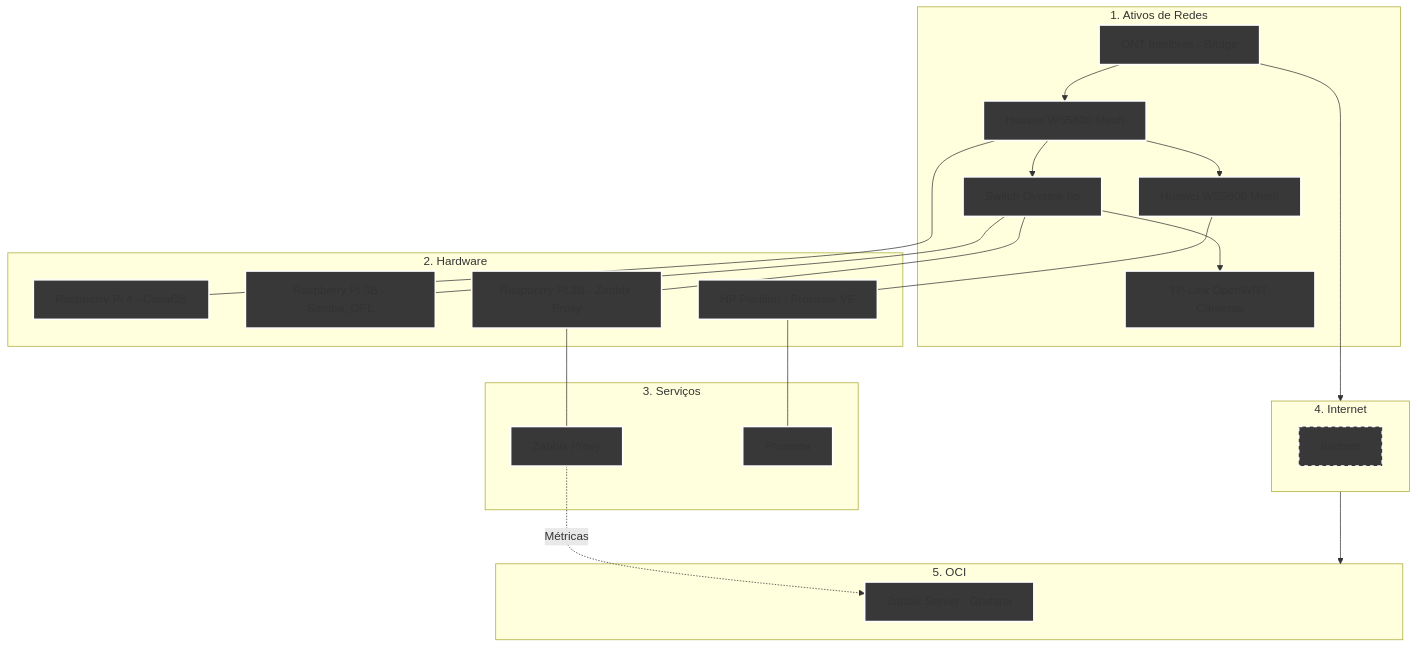
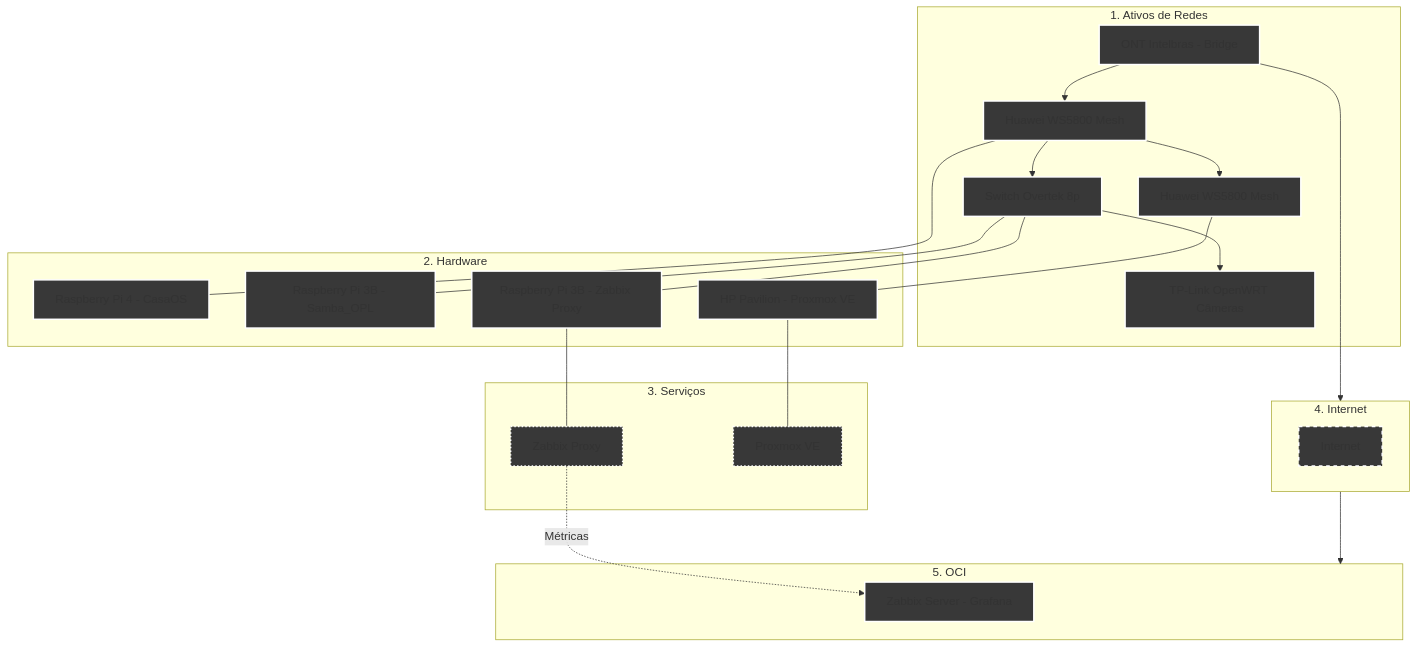
The diagram in Infraestructure/README.md (kevindexter22/Dr-Hardware-Autonet), drawn with Mermaid before and after one commit.

````diff
--- a/Infraestructure/README.md
+++ b/Infraestructure/README.md
@@ -13,49 +13,49 @@
 ```mermaid
 graph TD
     %% Estilos
     classDef rede fill:#383838,stroke:#FFFFFF,stroke-width:2px;
     classDef hardware fill:#383838,stroke:#FFFFFF,stroke-width:2px;
     classDef internet fill:#383838,stroke:#FFFFFF,stroke-width:2px,stroke-dasharray: 5 5;
-    classDef serviços fill:#383838,stroke:#FFFFFF,stroke-width:2px;
+    classDef serviços fill:#383838,stroke:#FFFFFF,stroke-width:2px, stroke-dasharray: 2 3;
     classDef oci fill:#383838,stroke:#FFFFFF,stroke-width:2px;
 
     %% 1. ATIVOS DE REDE
     subgraph S1 [1. Ativos de Redes]
         ONT[ONT Intelbras - Bridge]:::rede --> R_Mesh1[Huawei WS5800 Mesh]:::rede
         R_Mesh1 --> R_Mesh2[Huawei WS5800 Mesh]:::rede
         R_Mesh1 --> SW1[Switch Overtek 8p]:::rede
         SW1 --> R_Cams[TP-Link OpenWRT Câmeras]:::rede
     end
 
     %% 2. HARDWARE
     subgraph S2 [2. Hardware]
         R_Mesh1 --- RPi4[Raspberry Pi 4 - CasaOS]:::hardware
         SW1 --- RPi3B_1[Raspberry Pi 3B - Samba_OPL]:::hardware
         SW1 --- RPi3B_2[Raspberry Pi 3B - Zabbix Proxy]:::hardware
         R_Mesh2 --- HP[HP Pavilion - Proxmox VE]:::hardware
     end
 
     %% 3. SERVIÇOS     
     subgraph S3 [3. Serviços];    
-        RPi3B_2 --- ZP[Zabbix Proxy]:::hardware
-        HP --- PVE[Proxmox]:::hardware
+        RPi3B_2 --- ZP[Zabbix Proxy]:::serviços
+        HP --- PVE[Proxmox VE]:::serviços
     end
 
     %% 4. Internet (A PONTE)
     subgraph S4 [4. Internet]
            internet[Internet]:::internet
     end
 
     %% 5. OCI
     subgraph S5 [5. OCI]
         ZS[Zabbix Server - Grafana]:::oci
     end
 
     %% Conexões de Fluxo de Dados para manter a ordem
     ONT --> S4
     S4 --> S5
     
     %% Relacionamentos lógicos (setas duplas para replicação)
     ZP -.-> |Métricas| ZS
 
 ```
````
